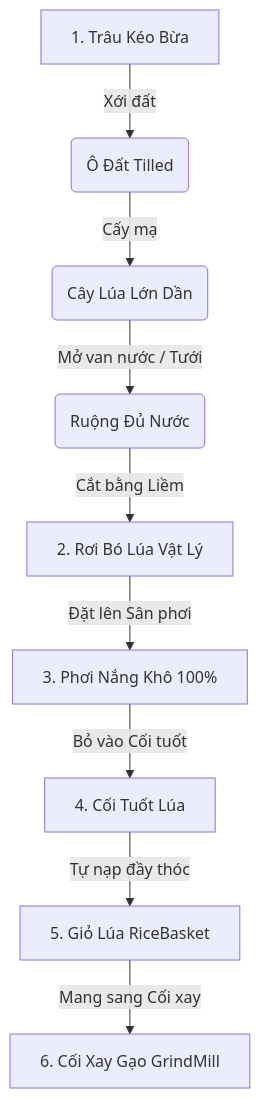
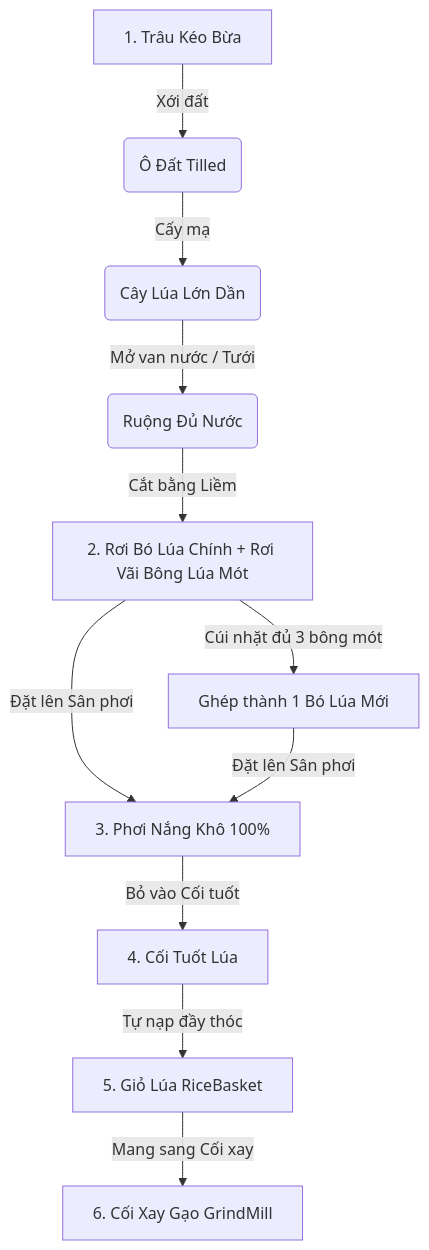
Before and after one commit to lehoangan02/AR_Grind_mill: the diagram in Assets/Khoa/README.md, drawn with Mermaid. The commit also changed other lines of this file and 1 other file, not shown here.

````diff
--- a/Assets/Khoa/README.md
+++ b/Assets/Khoa/README.md
@@ -46,11 +47,13 @@
 ```mermaid
 graph TD
     A[1. Trâu Kéo Bừa] -->|Xới đất| B(Ô Đất Tilled)
     B -->|Cấy mạ| C(Cây Lúa Lớn Dần)
     C -->|Mở van nước / Tưới| D(Ruộng Đủ Nước)
-    D -->|Cắt bằng Liềm| E[2. Rơi Bó Lúa Vật Lý]
+    D -->|Cắt bằng Liềm| E[2. Rơi Bó Lúa Chính + Rơi Vãi Bông Lúa Mót]
+    E -->|Cúi nhặt đủ 3 bông mót| E2[Ghép thành 1 Bó Lúa Mới]
     E -->|Đặt lên Sân phơi| F[3. Phơi Nắng Khô 100%]
+    E2 -->|Đặt lên Sân phơi| F
     F -->|Bỏ vào Cối tuốt| G[4. Cối Tuốt Lúa]
     G -->|Tự nạp đầy thóc| H[5. Giỏ Lúa RiceBasket]
     H -->|Mang sang Cối xay| I[6. Cối Xay Gạo GrindMill]
 ```
````
